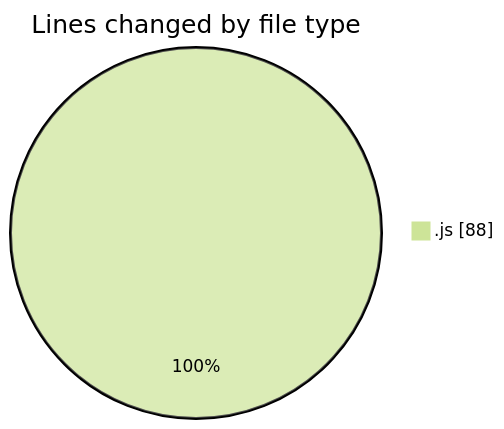
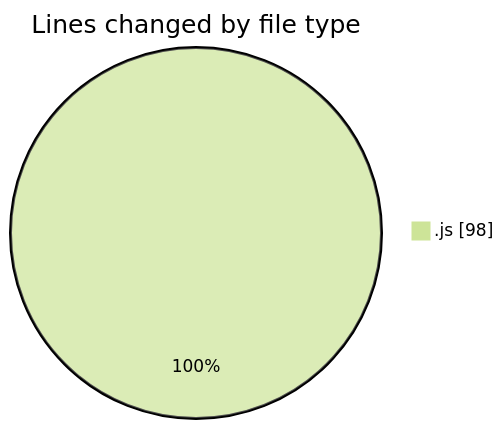
The first of 2 diagrams in 2025-07-19/mern-workoutboard/README.md (Ritupan-Deka/code-tracking), drawn with Mermaid (forest theme) before and after one commit. The commit also changed other lines of this file and 1 other file, not shown here.

````diff
--- a/2025-07-19/mern-workoutboard/README.md
+++ b/2025-07-19/mern-workoutboard/README.md
@@ -21,5 +21,5 @@
 ```mermaid
 pie showData
 title Lines changed by file type
-".js" : 88
+".js" : 98
 ```
````
